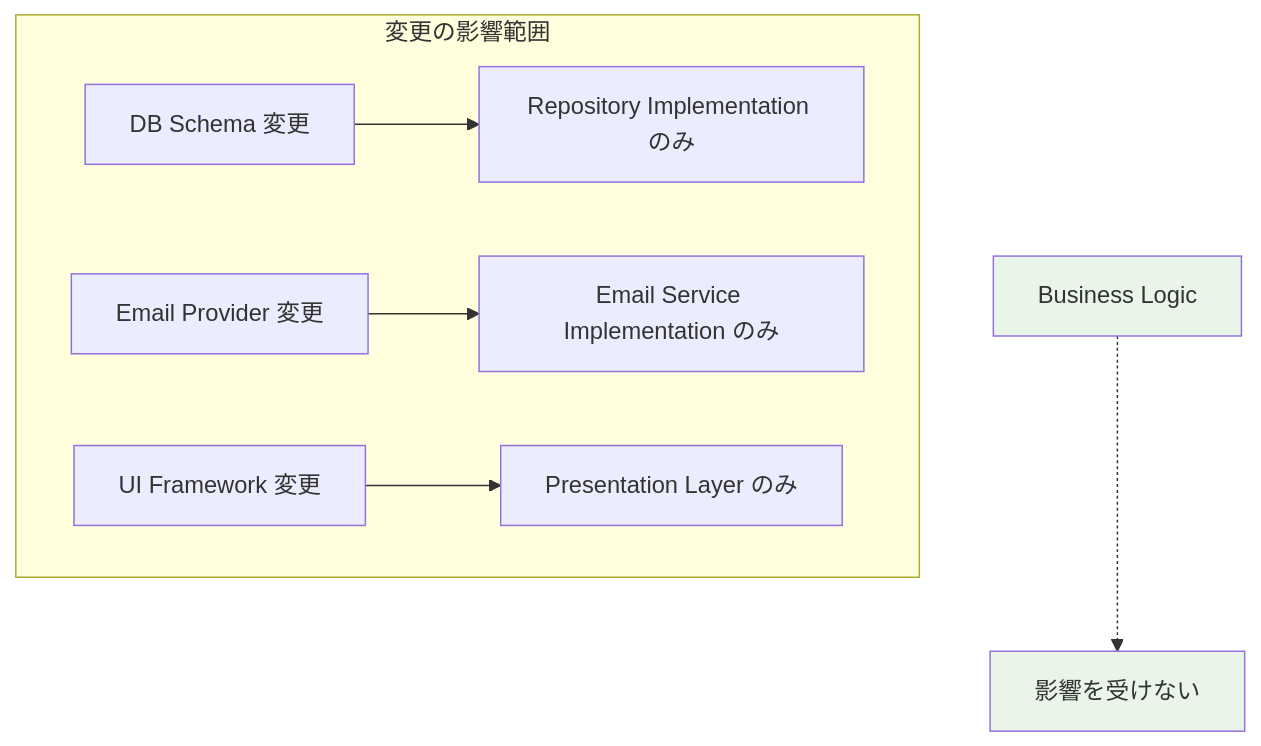
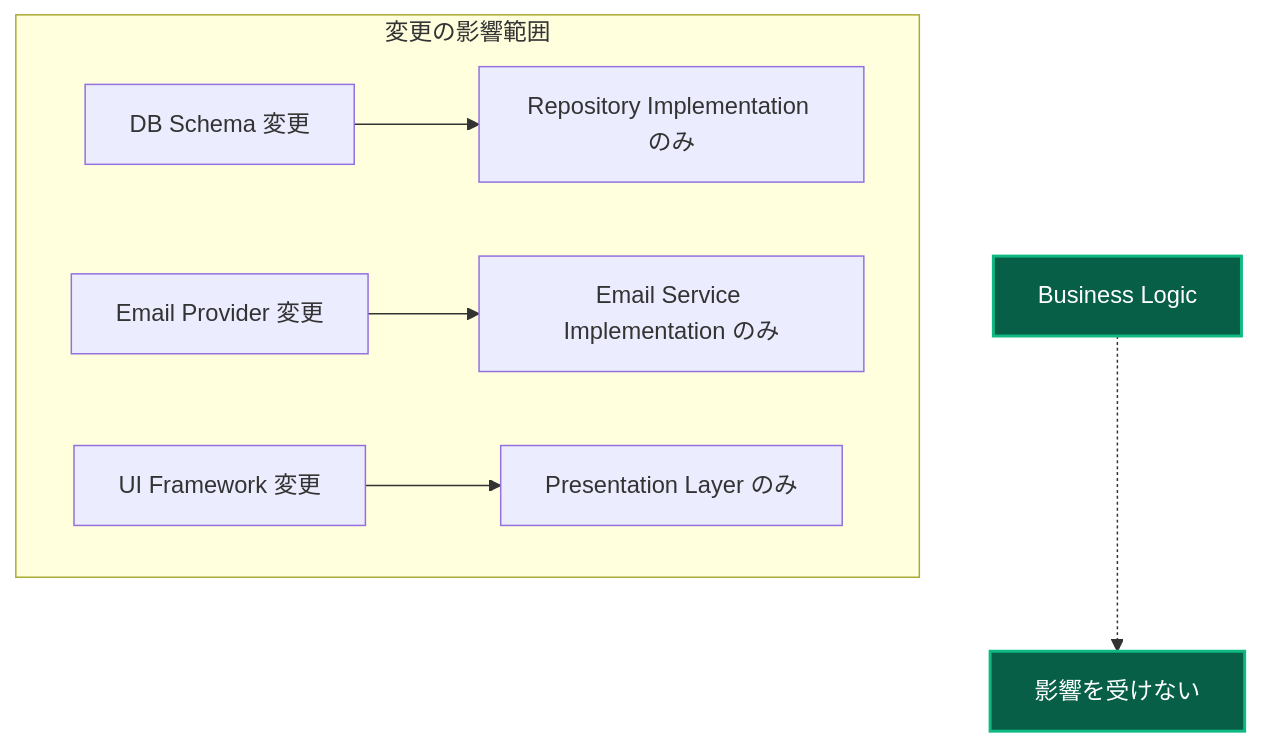
One commit to derushio/d-next-ddd-example changed the fourth of 9 diagrams in _DOCS/guides/ddd/concepts/clean-architecture.md. Above: the diagram before and after it, drawn with Mermaid. The commit also changed other lines of this file and 31 other files, not shown here.

Commit message:
🎨: DOCSのMermaid図表カラーテーマを暗色に統一し視認性を向上

````diff
--- a/_DOCS/guides/ddd/concepts/clean-architecture.md
+++ b/_DOCS/guides/ddd/concepts/clean-architecture.md
@@ -105,14 +105,14 @@
 ```mermaid
 graph TD
     subgraph "変更の影響範囲"
         A[DB Schema 変更] --> B[Repository Implementation のみ]
         C[Email Provider 変更] --> D[Email Service Implementation のみ]
         E[UI Framework 変更] --> F[Presentation Layer のみ]
     end
     
     G[Business Logic] 
     G -.-> H[影響を受けない]
     
-    style G fill:#e8f5e8
-    style H fill:#e8f5e8
+    style G fill:#065f46,stroke:#10b981,stroke-width:2px,color:#ffffff
+    style H fill:#065f46,stroke:#10b981,stroke-width:2px,color:#ffffff
 ```
````
